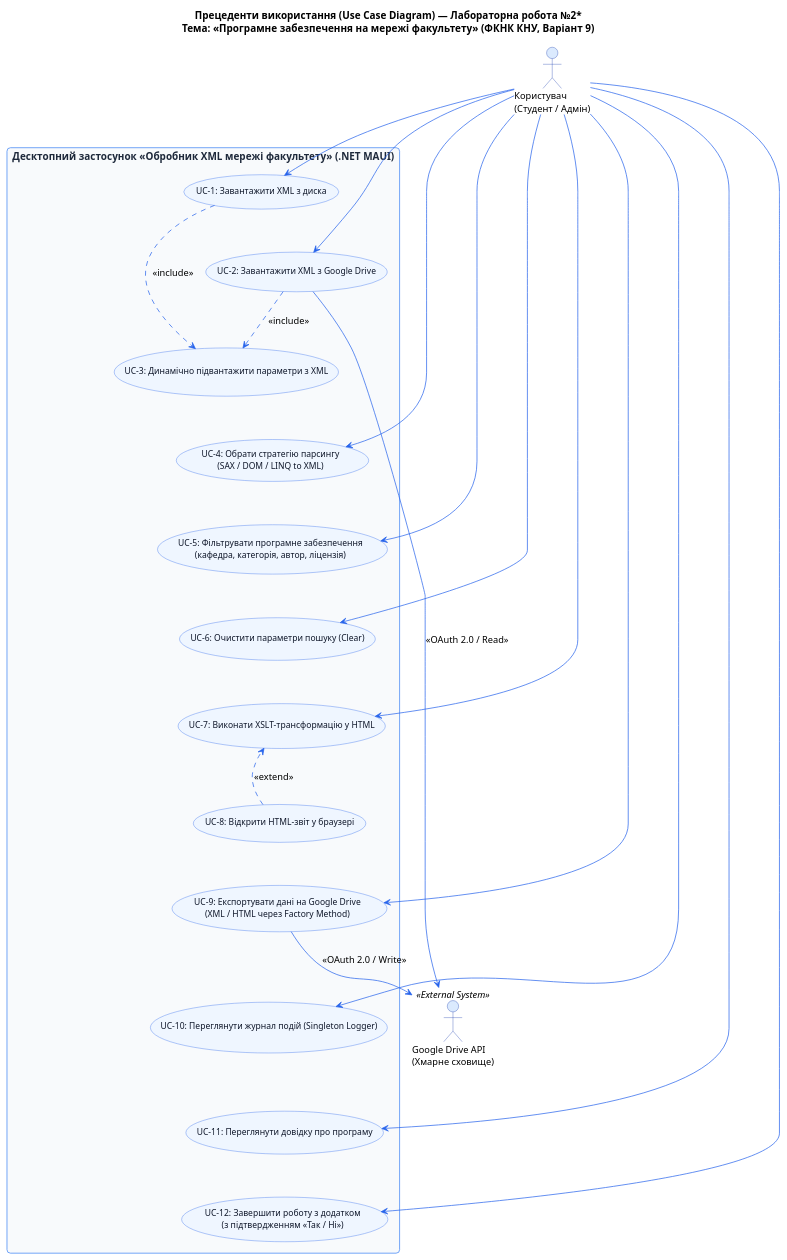
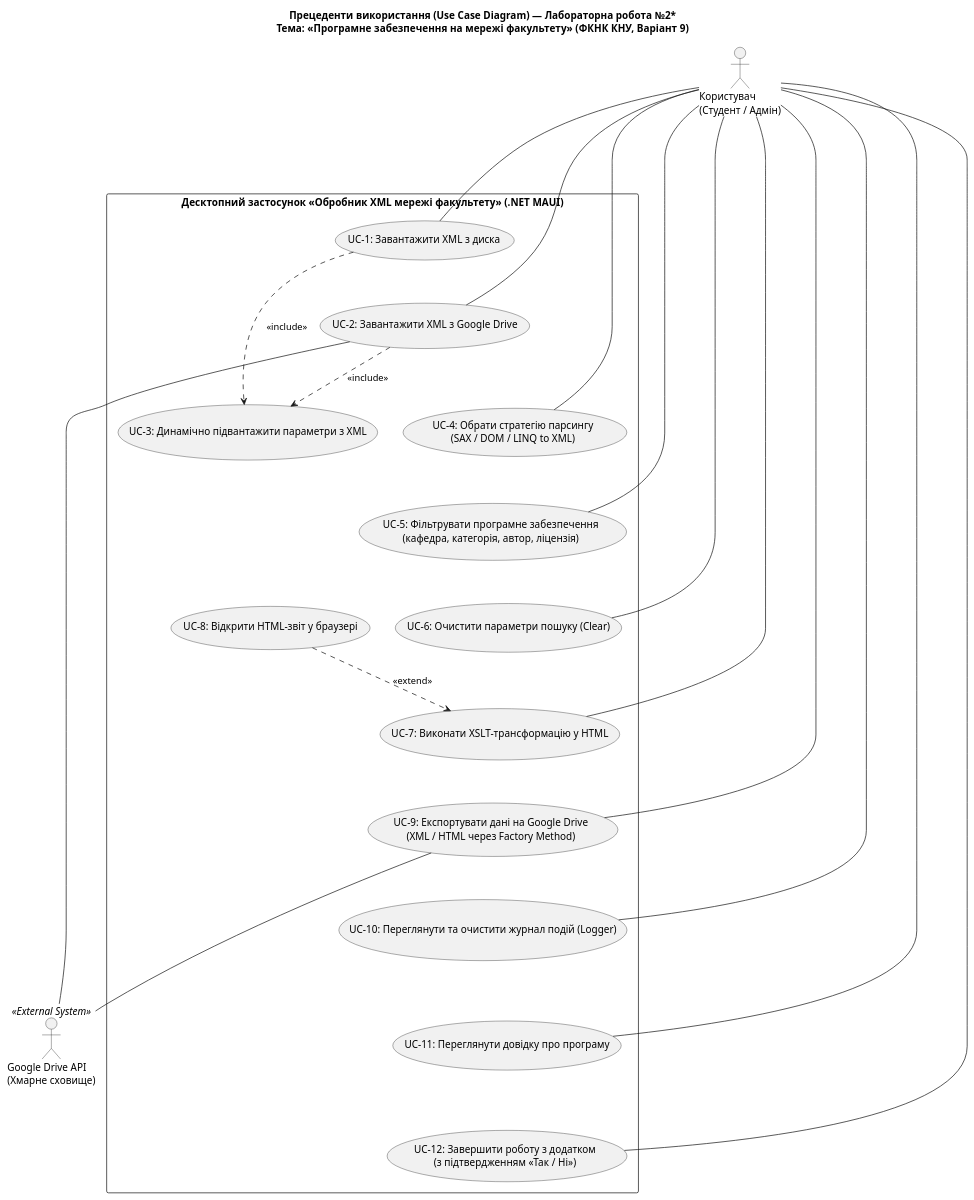
Before and after one commit to zefin100/OOP_LR2: the diagram in UML/UseCaseDiagram.puml, drawn with PlantUML. The commit also changed 1 other file, not shown here.

Commit message:
UML: Update UseCaseDiagram to strict monochrome black-and-white style with clean non-intersecting lines

```diff
--- a/UML/UseCaseDiagram.puml
+++ b/UML/UseCaseDiagram.puml
@@ -1,83 +1,61 @@
 @startuml UseCaseDiagram
 title Прецеденти використання (Use Case Diagram) — Лабораторна робота №2*\nТема: «Програмне забезпечення на мережі факультету» (ФКНК КНУ, Варіант 9)
 
-top to bottom direction
+' Класичний чорно-білий стиль (ГОСТ / ДСТУ для університету)
+skinparam monochrome true
 skinparam defaultFontName "Segoe UI"
-skinparam roundcorner 10
 skinparam shadowing false
-
-skinparam actor {
-    BackgroundColor #dbeafe
-    BorderColor #1e40af
-    FontSize 13
-}
-
-skinparam usecase {
-    BackgroundColor #eff6ff
-    BorderColor #2563eb
-    ArrowColor #2563eb
-    FontSize 12
-    FontColor #0f172a
-}
-
-skinparam rectangle {
-    BackgroundColor #f8fafc
-    BorderColor #3b82f6
-    FontSize 14
-    FontColor #1e293b
-}
+skinparam packageStyle rectangle
 
 actor "Користувач\n(Студент / Адмін)" as User
 actor "Google Drive API\n(Хмарне сховище)" as GDrive <<External System>>
 
 rectangle "Десктопний застосунок «Обробник XML мережі факультету» (.NET MAUI)" {
 
     usecase "UC-1: Завантажити XML з диска" as UC_LoadLocal
     usecase "UC-2: Завантажити XML з Google Drive" as UC_LoadDrive
     usecase "UC-3: Динамічно підвантажити параметри з XML" as UC_Preload
     usecase "UC-4: Обрати стратегію парсингу\n(SAX / DOM / LINQ to XML)" as UC_Strategy
     usecase "UC-5: Фільтрувати програмне забезпечення\n(кафедра, категорія, автор, ліцензія)" as UC_Filter
     usecase "UC-6: Очистити параметри пошуку (Clear)" as UC_Clear
     usecase "UC-7: Виконати XSLT-трансформацію у HTML" as UC_Transform
     usecase "UC-8: Відкрити HTML-звіт у браузері" as UC_Browser
     usecase "UC-9: Експортувати дані на Google Drive\n(XML / HTML через Factory Method)" as UC_Export
-    usecase "UC-10: Переглянути журнал подій (Singleton Logger)" as UC_Logs
+    usecase "UC-10: Переглянути та очистити журнал подій (Logger)" as UC_Logs
     usecase "UC-11: Переглянути довідку про програму" as UC_Help
     usecase "UC-12: Завершити роботу з додатком\n(з підтвердженням «Так / Ні»)" as UC_Exit
 
-    ' Прихований вертикальний потік для красивого вирівнювання в одну колонку
+    ' Вертикальне вирівнювання основних дій
     UC_LoadLocal -[hidden]down-> UC_LoadDrive
-    UC_LoadDrive -[hidden]down-> UC_Preload
-    UC_Preload -[hidden]down-> UC_Strategy
+    UC_LoadDrive -[hidden]down-> UC_Strategy
     UC_Strategy -[hidden]down-> UC_Filter
     UC_Filter -[hidden]down-> UC_Clear
     UC_Clear -[hidden]down-> UC_Transform
-    UC_Transform -[hidden]down-> UC_Browser
-    UC_Browser -[hidden]down-> UC_Export
+    UC_Transform -[hidden]down-> UC_Export
     UC_Export -[hidden]down-> UC_Logs
     UC_Logs -[hidden]down-> UC_Help
     UC_Help -[hidden]down-> UC_Exit
 }
 
-' Зв'язки користувача (зліва)
-User --> UC_LoadLocal
-User --> UC_LoadDrive
-User --> UC_Strategy
-User --> UC_Filter
-User --> UC_Clear
-User --> UC_Transform
-User --> UC_Export
-User --> UC_Logs
-User --> UC_Help
-User --> UC_Exit
+' Зв'язки користувача (суцільні прямі чорні лінії без перетинів)
+User --- UC_LoadLocal
+User --- UC_LoadDrive
+User --- UC_Strategy
+User --- UC_Filter
+User --- UC_Clear
+User --- UC_Transform
+User --- UC_Export
+User --- UC_Logs
+User --- UC_Help
+User --- UC_Exit
 
 ' Зв'язки із зовнішньою хмарою Google Drive (справа)
-UC_LoadDrive --> GDrive : <<OAuth 2.0 / Read>>
-UC_Export --> GDrive : <<OAuth 2.0 / Write>>
+UC_LoadDrive --- GDrive
+UC_Export --- GDrive
 
-' Залежності include / extend
+' Відношення include / extend
 UC_LoadLocal ..> UC_Preload : <<include>>
 UC_LoadDrive ..> UC_Preload : <<include>>
 UC_Browser ..> UC_Transform : <<extend>>
 
 @enduml
```
